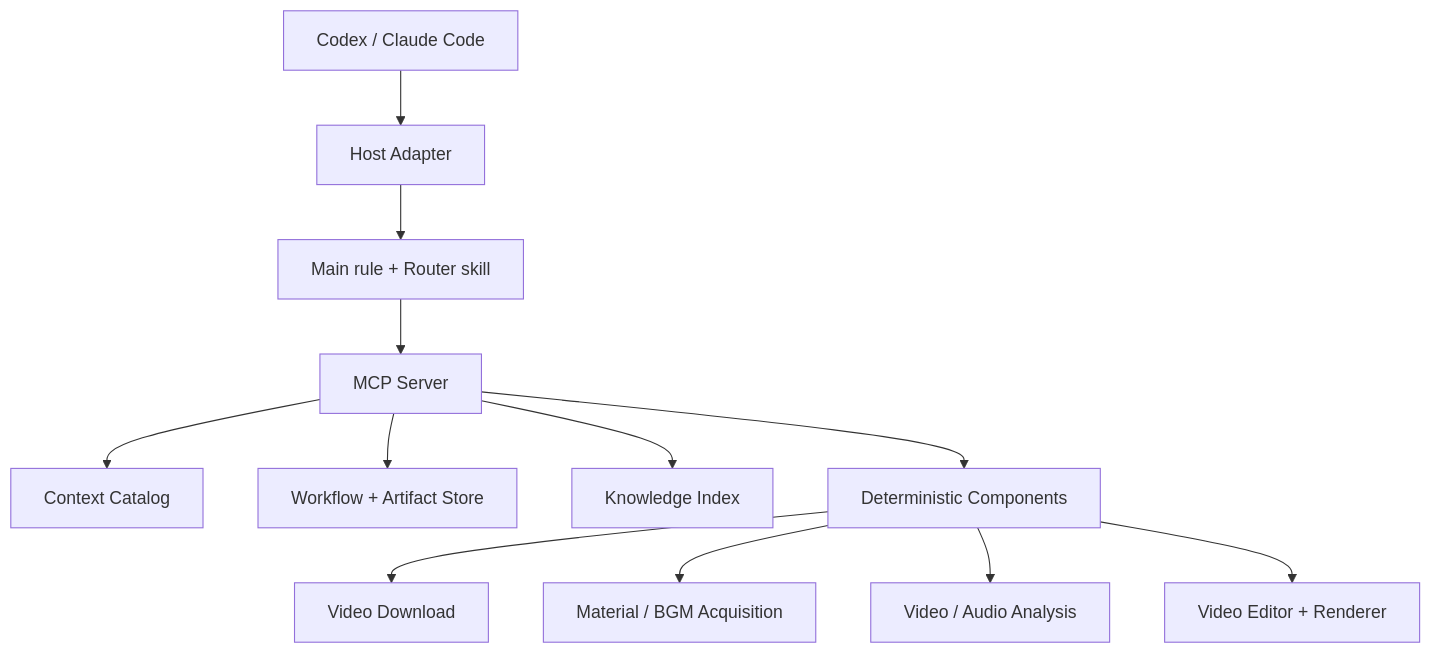
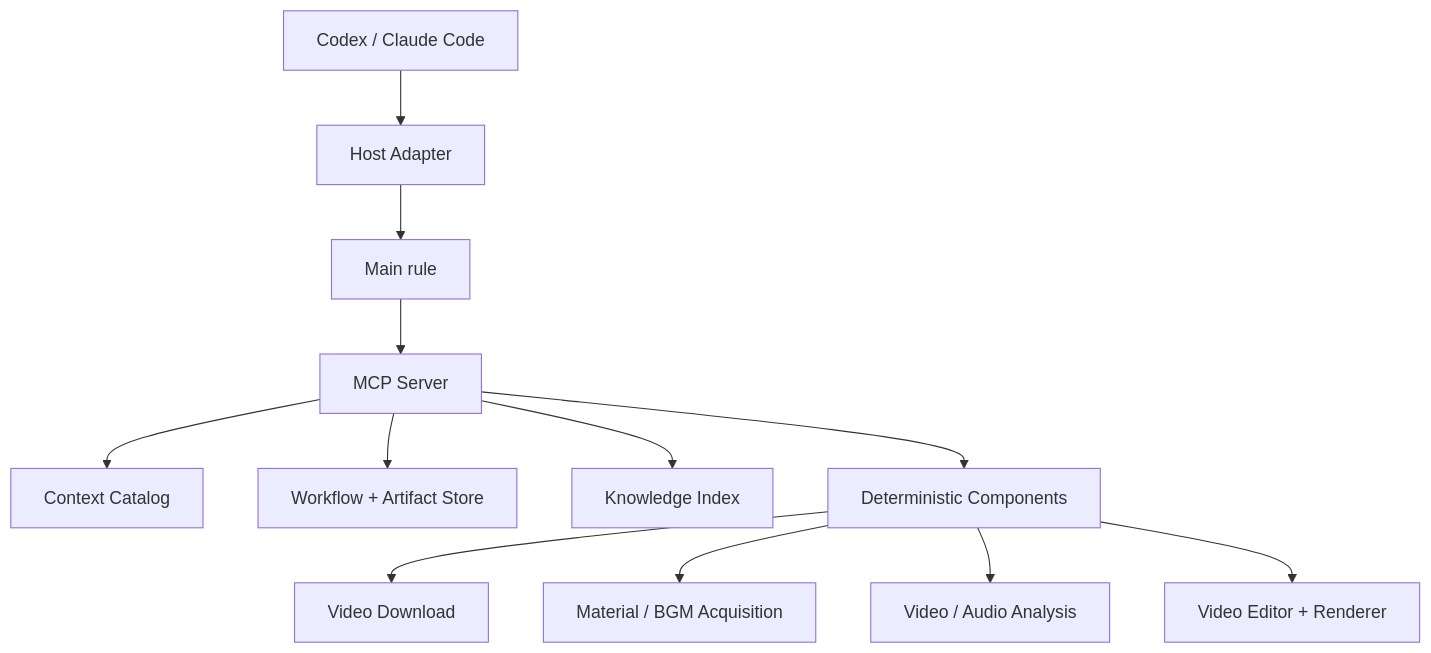
The first of 2 diagrams in docs/架构/剪辑创作插件架构设计.md (guigu856/video-create), drawn with Mermaid before and after one commit. The commit also changed other lines of this file and 7 other files, not shown here.

````diff
--- a/docs/架构/剪辑创作插件架构设计.md
+++ b/docs/架构/剪辑创作插件架构设计.md
@@ -201,14 +200,14 @@
 ```mermaid
 flowchart TD
     H["Codex / Claude Code"] --> A["Host Adapter"]
-    A --> R["Main rule + Router skill"]
+    A --> R["Main rule"]
     R --> M["MCP Server"]
     M --> C["Context Catalog"]
     M --> W["Workflow + Artifact Store"]
     M --> K["Knowledge Index"]
     M --> V["Deterministic Components"]
     V --> D["Video Download"]
     V --> MA["Material / BGM Acquisition"]
     V --> AN["Video / Audio Analysis"]
     V --> E["Video Editor + Renderer"]
 ```
````
